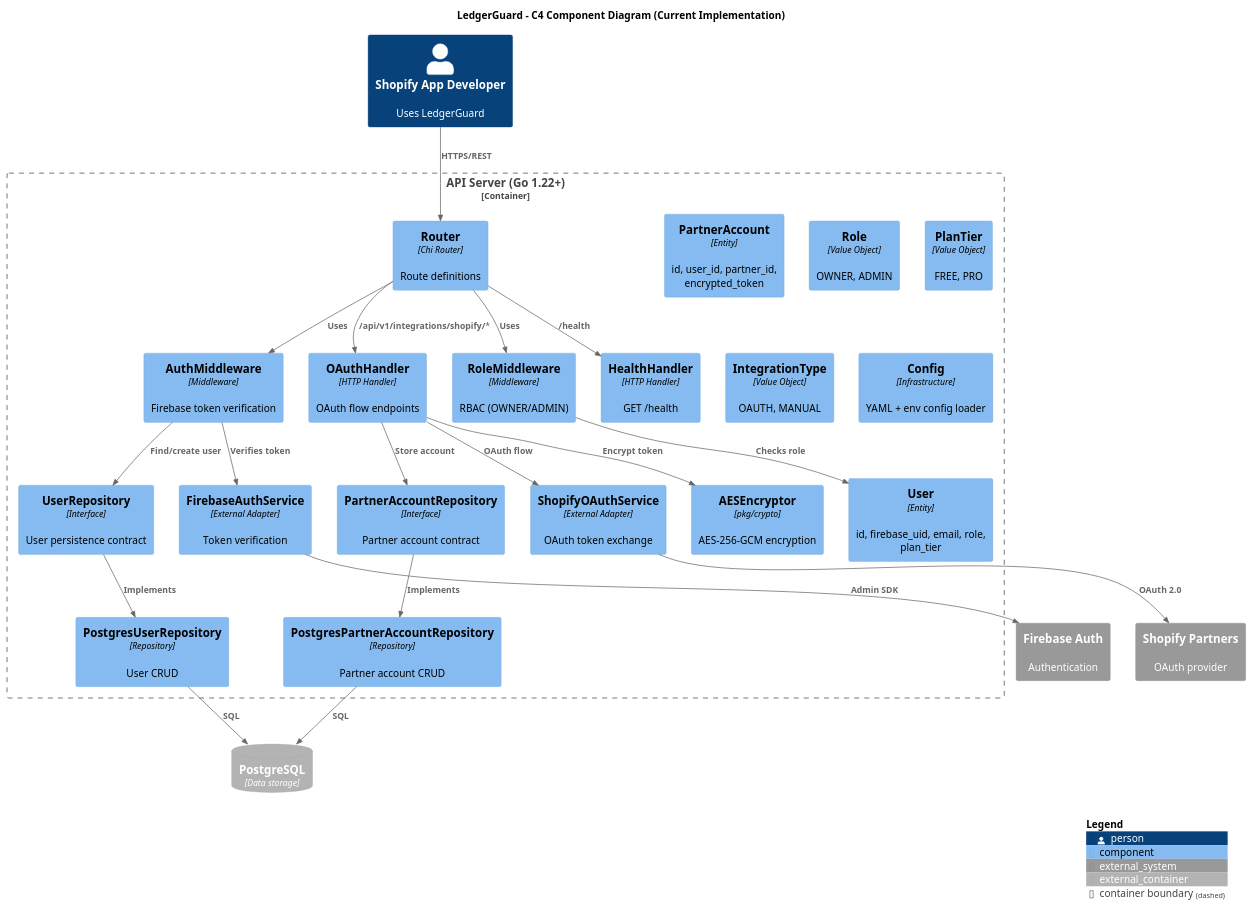
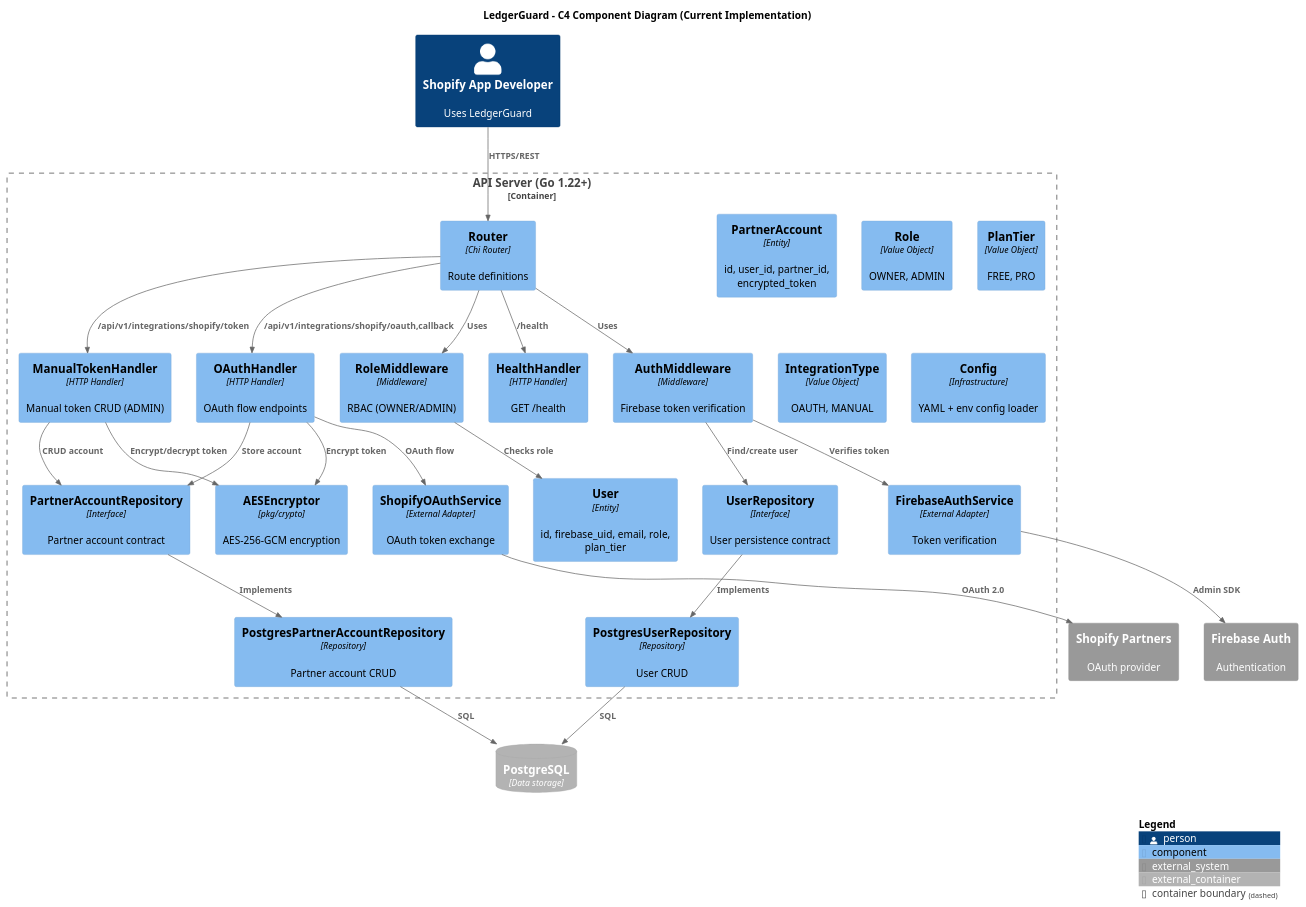
Before and after one commit to sachin-sivadasan/ledgerguard: the diagram in docs/C4_current.puml, drawn with PlantUML. The commit also changed 9 other files, not shown here.

First line of the commit message:
feat: implement manual partner token integration (ADMIN only)

```diff
--- a/docs/C4_current.puml
+++ b/docs/C4_current.puml
@@ -1,65 +1,70 @@
 @startuml C4_LedgerGuard_Current
 !include https://raw.githubusercontent.com/plantuml-stdlib/C4-PlantUML/master/C4_Component.puml
 
 title LedgerGuard - C4 Component Diagram (Current Implementation)
 
 ' External Systems
 Person(developer, "Shopify App Developer", "Uses LedgerGuard")
 System_Ext(firebase, "Firebase Auth", "Authentication")
 System_Ext(shopify, "Shopify Partners", "OAuth provider")
 ContainerDb_Ext(postgres, "PostgreSQL", "Data storage")
 
 Container_Boundary(api, "API Server (Go 1.22+)") {
 
     ' Interfaces Layer - IMPLEMENTED
     Component(router, "Router", "Chi Router", "Route definitions")
     Component(auth_mw, "AuthMiddleware", "Middleware", "Firebase token verification")
     Component(role_mw, "RoleMiddleware", "Middleware", "RBAC (OWNER/ADMIN)")
     Component(health_handler, "HealthHandler", "HTTP Handler", "GET /health")
     Component(oauth_handler, "OAuthHandler", "HTTP Handler", "OAuth flow endpoints")
+    Component(manual_token_handler, "ManualTokenHandler", "HTTP Handler", "Manual token CRUD (ADMIN)")
 
     ' Domain Layer - IMPLEMENTED
     Component(user_entity, "User", "Entity", "id, firebase_uid, email, role, plan_tier")
     Component(partner_entity, "PartnerAccount", "Entity", "id, user_id, partner_id, encrypted_token")
     Component(role_vo, "Role", "Value Object", "OWNER, ADMIN")
     Component(plan_vo, "PlanTier", "Value Object", "FREE, PRO")
     Component(integration_vo, "IntegrationType", "Value Object", "OAUTH, MANUAL")
 
     Component(user_repo_if, "UserRepository", "Interface", "User persistence contract")
     Component(partner_repo_if, "PartnerAccountRepository", "Interface", "Partner account contract")
 
     ' Infrastructure Layer - IMPLEMENTED
     Component(config, "Config", "Infrastructure", "YAML + env config loader")
     Component(user_repo, "PostgresUserRepository", "Repository", "User CRUD")
     Component(partner_repo, "PostgresPartnerAccountRepository", "Repository", "Partner account CRUD")
     Component(firebase_auth, "FirebaseAuthService", "External Adapter", "Token verification")
     Component(shopify_oauth, "ShopifyOAuthService", "External Adapter", "OAuth token exchange")
     Component(crypto, "AESEncryptor", "pkg/crypto", "AES-256-GCM encryption")
 }
 
 ' Relationships
 Rel(developer, router, "HTTPS/REST")
 
 Rel(router, auth_mw, "Uses")
 Rel(router, role_mw, "Uses")
 Rel(router, health_handler, "/health")
-Rel(router, oauth_handler, "/api/v1/integrations/shopify/*")
+Rel(router, oauth_handler, "/api/v1/integrations/shopify/oauth,callback")
+Rel(router, manual_token_handler, "/api/v1/integrations/shopify/token")
 
 Rel(auth_mw, firebase_auth, "Verifies token")
 Rel(auth_mw, user_repo_if, "Find/create user")
 Rel(role_mw, user_entity, "Checks role")
 
 Rel(oauth_handler, shopify_oauth, "OAuth flow")
 Rel(oauth_handler, partner_repo_if, "Store account")
 Rel(oauth_handler, crypto, "Encrypt token")
+
+Rel(manual_token_handler, partner_repo_if, "CRUD account")
+Rel(manual_token_handler, crypto, "Encrypt/decrypt token")
 
 Rel(user_repo_if, user_repo, "Implements")
 Rel(partner_repo_if, partner_repo, "Implements")
 
 Rel(firebase_auth, firebase, "Admin SDK")
 Rel(shopify_oauth, shopify, "OAuth 2.0")
 Rel(user_repo, postgres, "SQL")
 Rel(partner_repo, postgres, "SQL")
 
 SHOW_LEGEND()
 @enduml
```
